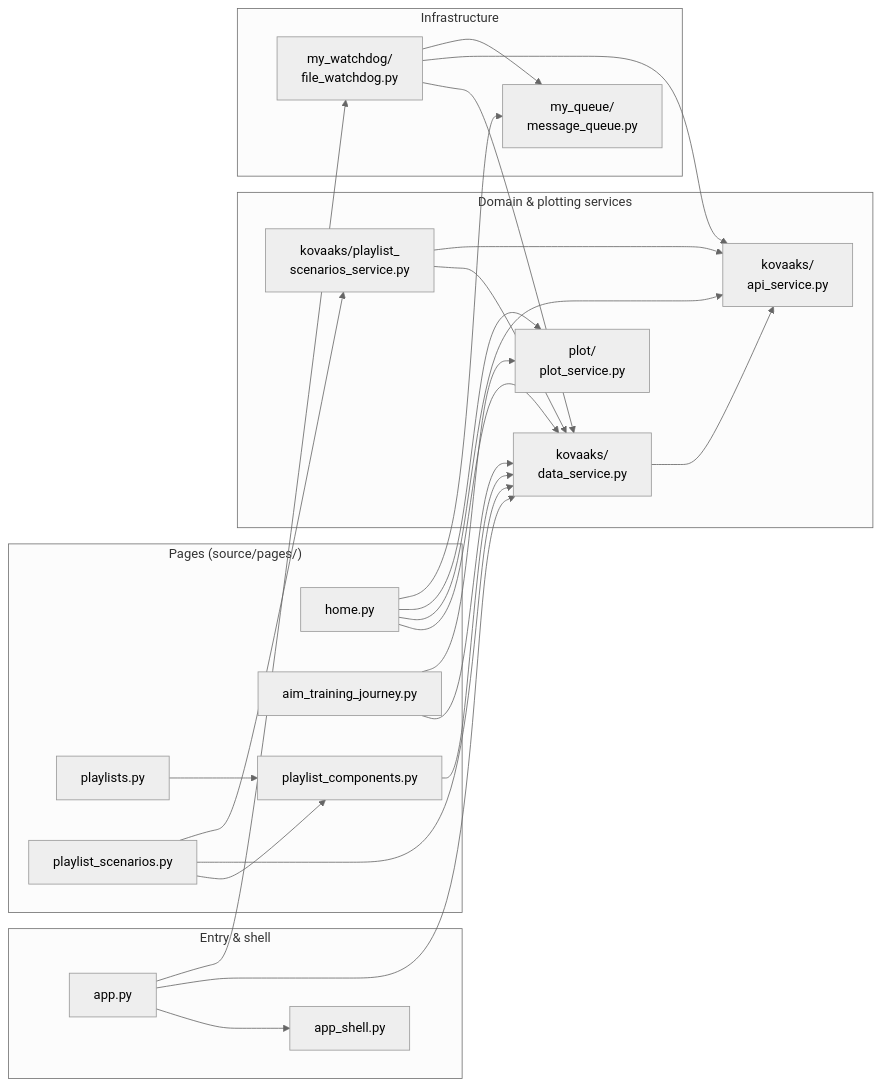
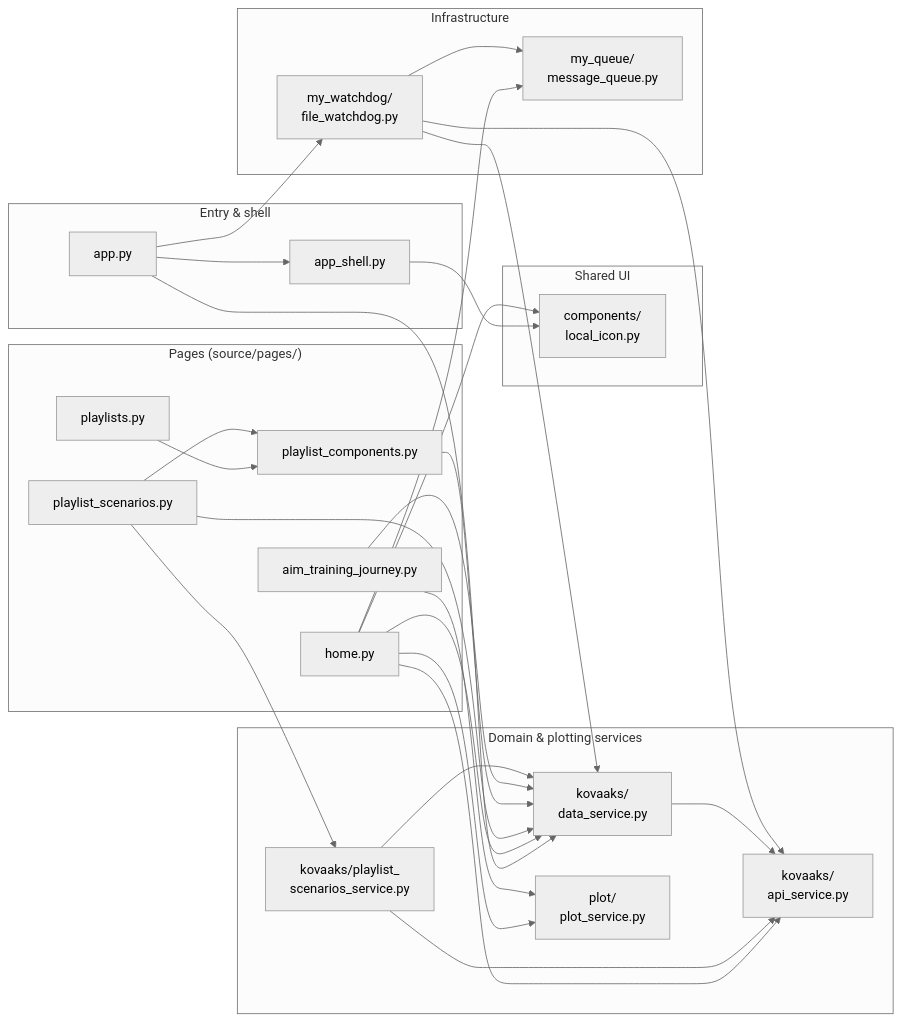
One commit to MingoDynasty/Corporate-Serf-Dashboard changed the third of 3 diagrams in docs/architecture.md. Above: the diagram before and after it, drawn with Mermaid (neutral theme). The commit also changed other lines of this file and 3 other files, not shown here.

Commit message:
Address local icon review

````diff
--- a/docs/architecture.md
+++ b/docs/architecture.md
@@ -118,51 +118,57 @@
 ```mermaid
 flowchart LR
     subgraph Entry["Entry & shell"]
         App["app.py"]
         Shell["app_shell.py"]
     end
 
     subgraph Pages["Pages (source/pages/)"]
         Home["home.py"]
         Playlists["playlists.py"]
         PlaylistScenarios["playlist_scenarios.py"]
         Journey["aim_training_journey.py"]
         Components["playlist_components.py"]
+    end
+
+    subgraph SharedUI["Shared UI"]
+        LocalIcon["components/<br/>local_icon.py"]
     end
 
     subgraph Services["Domain & plotting services"]
         DataService["kovaaks/<br/>data_service.py"]
         ApiService["kovaaks/<br/>api_service.py"]
         PlaylistService["kovaaks/playlist_<br/>scenarios_service.py"]
         PlotService["plot/<br/>plot_service.py"]
     end
 
     subgraph Infra["Infrastructure"]
         FileWatchdog["my_watchdog/<br/>file_watchdog.py"]
         Queue["my_queue/<br/>message_queue.py"]
     end
 
     App --> Shell
     App --> DataService
     App --> FileWatchdog
 
+    Shell --> LocalIcon
     Home --> DataService
     Home --> ApiService
     Home --> PlotService
     Home --> Queue
+    Home --> LocalIcon
     Playlists --> Components
     PlaylistScenarios --> Components
     PlaylistScenarios --> DataService
     PlaylistScenarios --> PlaylistService
     Components --> DataService
     Journey --> DataService
     Journey --> PlotService
 
     PlaylistService --> DataService
     PlaylistService --> ApiService
     DataService --> ApiService
 
     FileWatchdog --> DataService
     FileWatchdog --> ApiService
     FileWatchdog --> Queue
 ```
````
